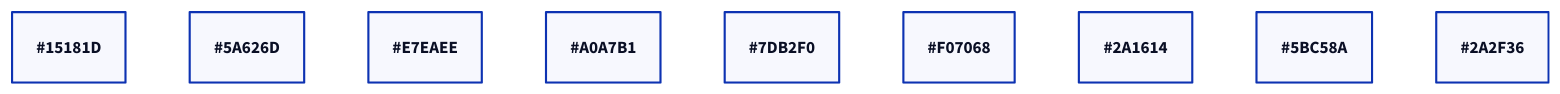
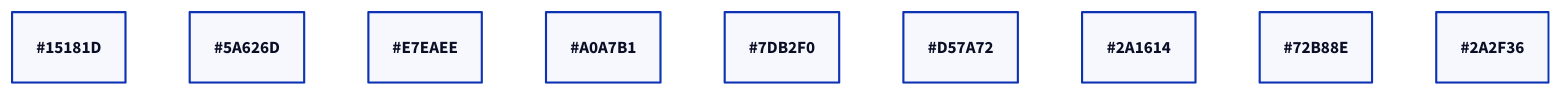
One commit to sohan-bhat/OpenHAL changed the diagram in docs/diagrams/theme-dark.d2. Above: the diagram before and after it, drawn with D2. The commit also changed 23 other files, not shown here.

First line of the commit message:
build(diagrams): draw the diagrams in the dulled green and red

```diff
--- a/docs/diagrams/theme-dark.d2
+++ b/docs/diagrams/theme-dark.d2
@@ -1,9 +1,9 @@
 surface: "#15181D"
 line: "#5A626D"
 text: "#E7EAEE"
 text2: "#A0A7B1"
 accent: "#7DB2F0"
-blocked: "#F07068"
+blocked: "#D57A72"
 blocked-fill: "#2A1614"
-ok: "#5BC58A"
+ok: "#72B88E"
 border: "#2A2F36"
```
